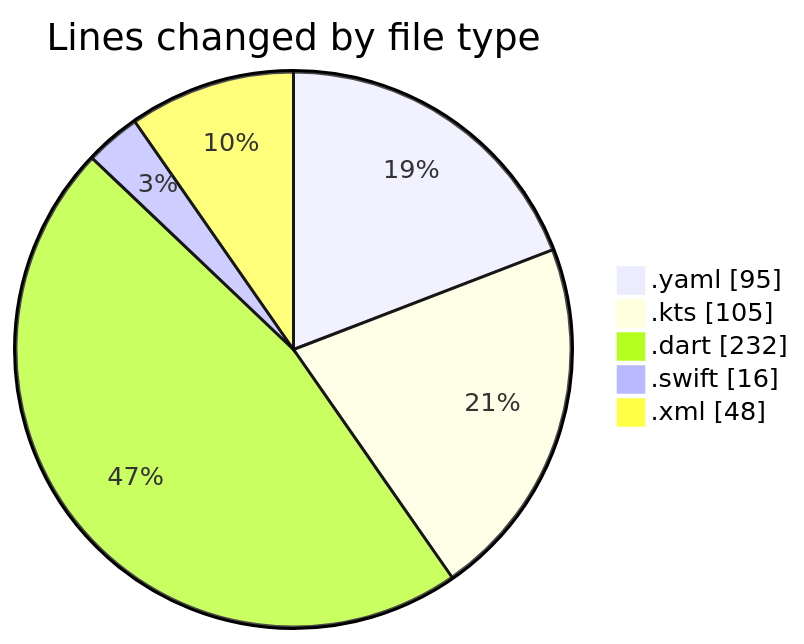
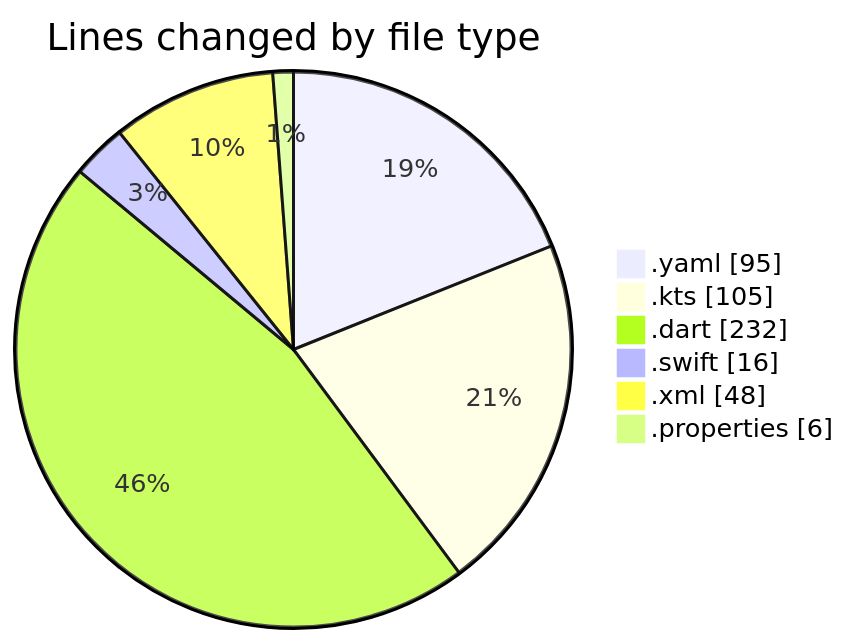
One commit to donsfak/code-tracking changed the first of 2 diagrams in 2025-02-16/uber_clone/README.md. Above: the diagram before and after it, drawn with Mermaid. The commit also changed other lines of this file and 1 other file, not shown here.

````diff
--- a/2025-02-16/uber_clone/README.md
+++ b/2025-02-16/uber_clone/README.md
@@ -25,9 +26,10 @@
 ```mermaid
 pie showData
 title Lines changed by file type
 ".yaml" : 95
 ".kts" : 105
 ".dart" : 232
 ".swift" : 16
 ".xml" : 48
+".properties" : 6
 ```
````
